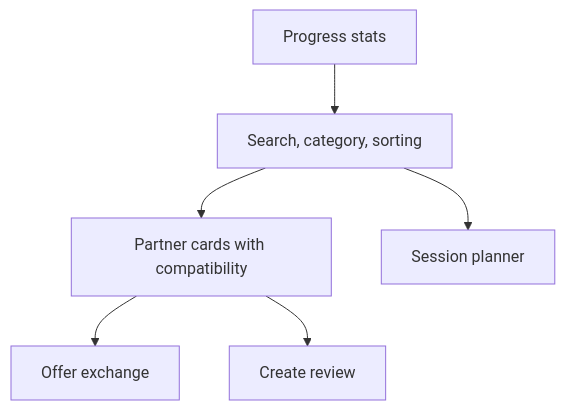
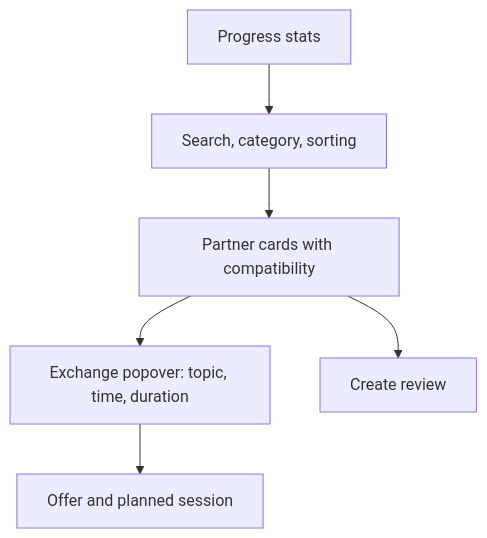
One commit to Soarico/SkillMate changed the second of 4 diagrams in docs/prototype.md. Above: the diagram before and after it, drawn with Mermaid. The commit also changed other lines of this file and 5 other files, not shown here.

````diff
--- a/docs/prototype.md
+++ b/docs/prototype.md
@@ -19,8 +19,8 @@
 ```mermaid
 flowchart TB
   A["Progress stats"] --> B["Search, category, sorting"]
   B --> C["Partner cards with compatibility"]
-  B --> D["Session planner"]
-  C --> E["Offer exchange"]
-  C --> F["Create review"]
+  C --> D["Exchange popover: topic, time, duration"]
+  C --> E["Create review"]
+  D --> F["Offer and planned session"]
 ```
````
